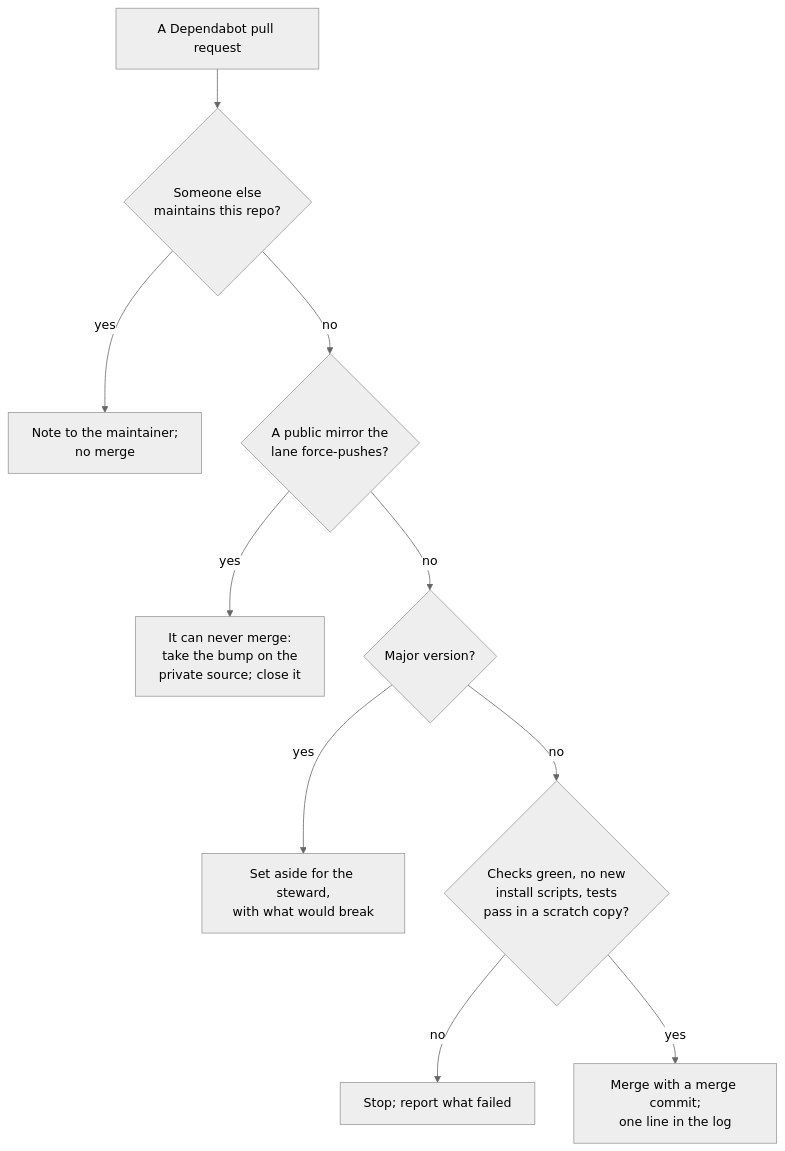
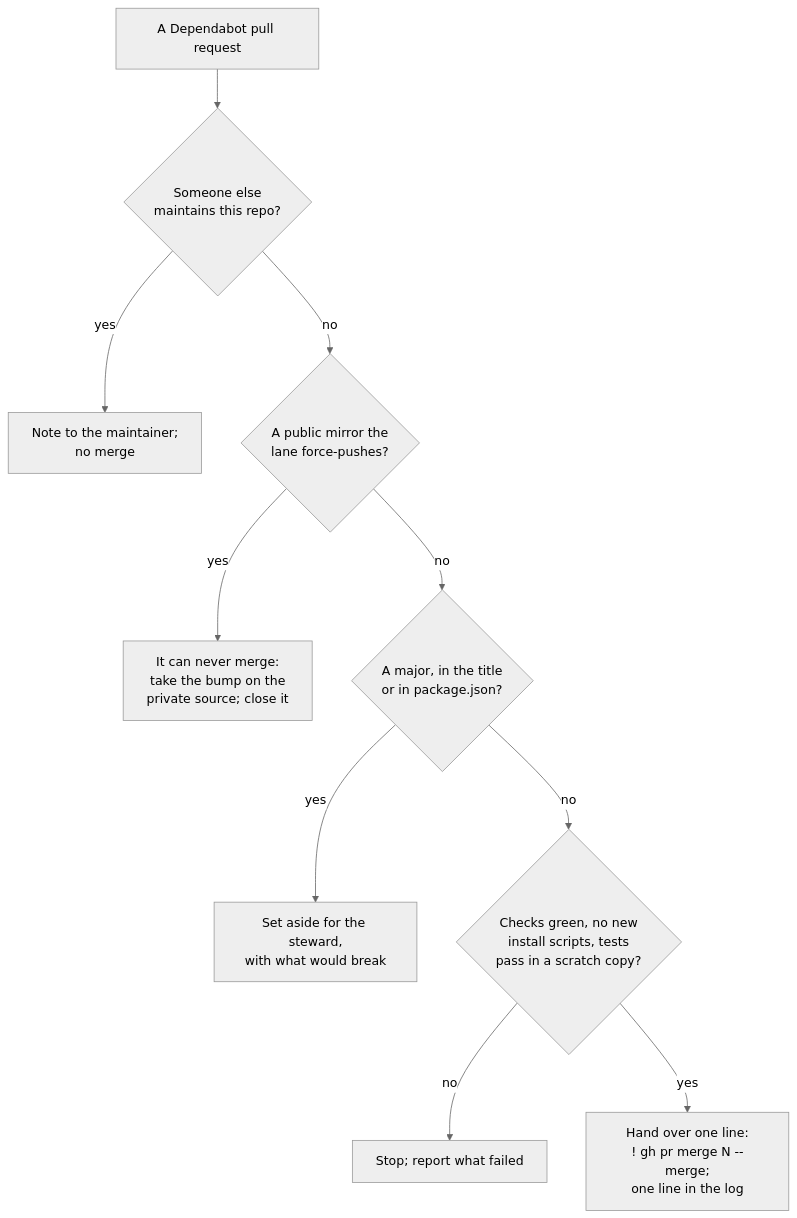
The diagram in sop-template/repo/IT/SOP-IT-005-dependabot-by-the-fleet.md (drasticstatic/my-template), drawn with Mermaid (neutral theme) before and after one commit. The commit also changed other lines of this file and 2 other files, not shown here.

First line of the commit message:
:memo: docs(sop): helpers test and prepare Dependabot pull requests, and hand over one line

````diff
--- a/sop-template/repo/IT/SOP-IT-005-dependabot-by-the-fleet.md
+++ b/sop-template/repo/IT/SOP-IT-005-dependabot-by-the-fleet.md
@@ -24,12 +24,12 @@
 ```mermaid
 flowchart TD
   A["A Dependabot pull request"] --> B{"Someone else<br/>maintains this repo?"}
   B -->|"yes"| N["Note to the maintainer;<br/>no merge"]
   B -->|"no"| M{"A public mirror the<br/>lane force-pushes?"}
   M -->|"yes"| C["It can never merge:<br/>take the bump on the<br/>private source; close it"]
-  M -->|"no"| D{"Major version?"}
+  M -->|"no"| D{"A major, in the title<br/>or in package.json?"}
   D -->|"yes"| H["Set aside for the steward,<br/>with what would break"]
   D -->|"no"| E{"Checks green, no new<br/>install scripts, tests<br/>pass in a scratch copy?"}
   E -->|"no"| S["Stop; report what failed"]
-  E -->|"yes"| F["Merge with a merge commit;<br/>one line in the log"]
+  E -->|"yes"| F["Hand over one line:<br/>! gh pr merge N --merge;<br/>one line in the log"]
 ```
````
